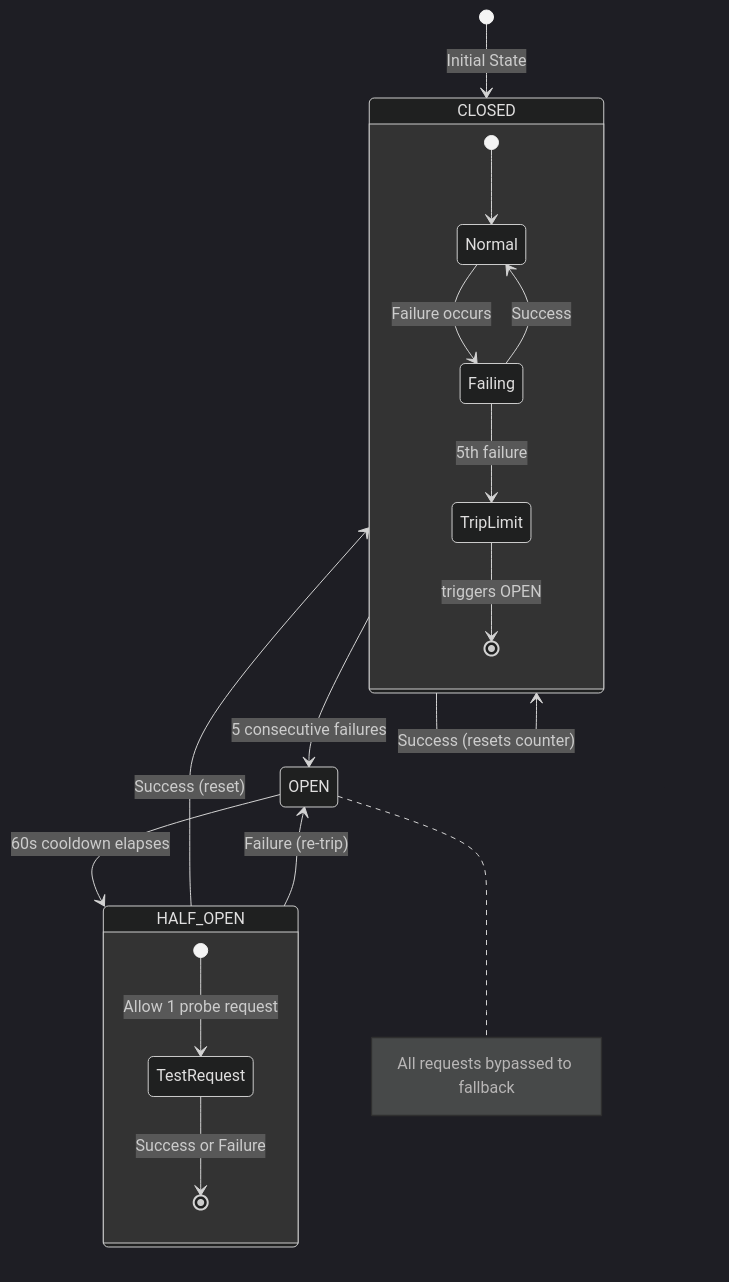
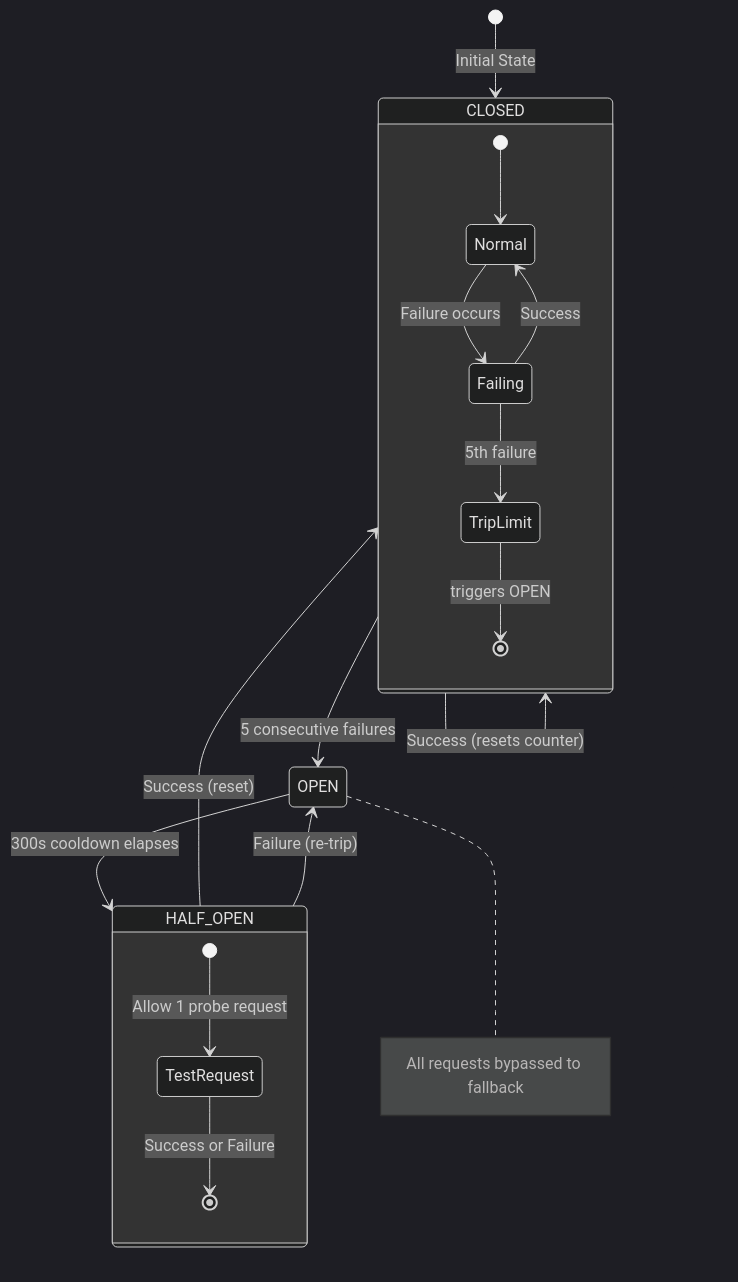
Diagram 13 of 35 in ARCHITECTURE.md (Anil-Pradhan-web/ai-career-mentor), drawn with Mermaid (dark theme) before and after one commit. The commit also changed other lines of this file, not shown here.

````diff
--- a/ARCHITECTURE.md
+++ b/ARCHITECTURE.md
@@ -649,25 +649,25 @@
 ```mermaid
 stateDiagram-v2
     [*] --> CLOSED: Initial State
     CLOSED --> OPEN: 5 consecutive failures
     CLOSED --> CLOSED: Success (resets counter)
     
-    OPEN --> HALF_OPEN: 60s cooldown elapses
+    OPEN --> HALF_OPEN: 300s cooldown elapses
     note right of OPEN: All requests bypassed to fallback
     
     HALF_OPEN --> CLOSED: Success (reset)
     HALF_OPEN --> OPEN: Failure (re-trip)
     
     state CLOSED {
         [*] --> Normal
         Normal --> Failing: Failure occurs
         Failing --> Normal: Success
         Failing --> TripLimit: 5th failure
         TripLimit --> [*]: triggers OPEN
     }
     
     state HALF_OPEN {
         [*] --> TestRequest: Allow 1 probe request
         TestRequest --> [*]: Success or Failure
     }
 ```
````
